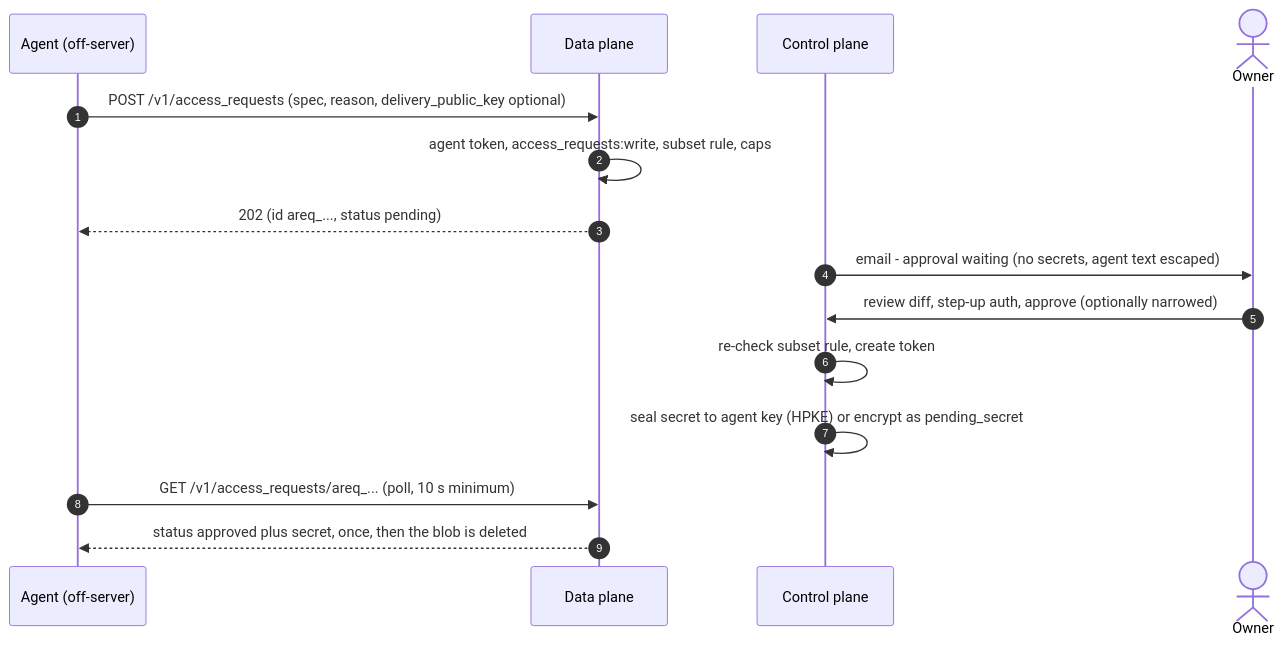
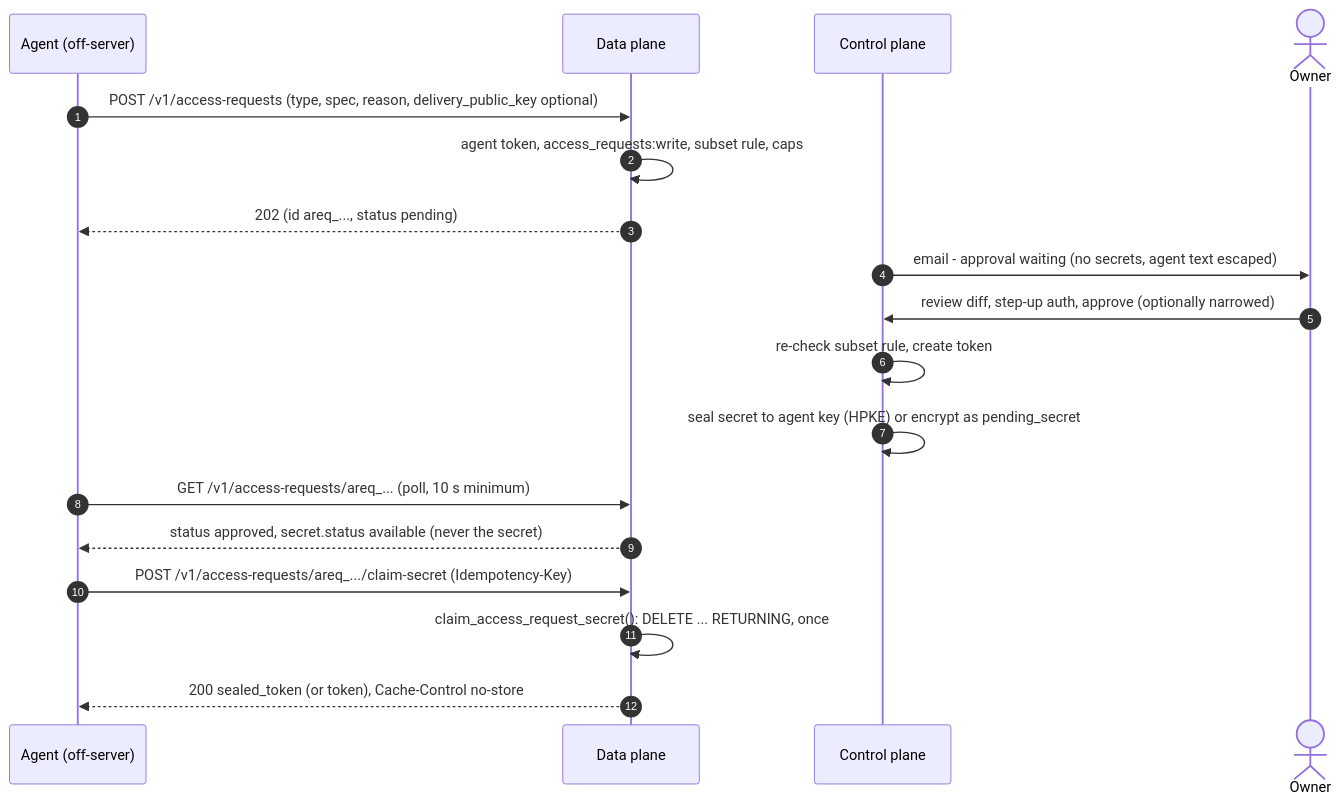
One commit to Web3Abbas/Shamel changed the fifth of 5 diagrams in docs/design/02-security.md. Above: the diagram before and after it, drawn with Mermaid. The commit also changed other lines of this file, not shown here.

````diff
--- a/docs/design/02-security.md
+++ b/docs/design/02-security.md
@@ -1464,17 +1581,20 @@
 ```mermaid
 sequenceDiagram
     autonumber
     participant A as Agent (off-server)
     participant DP as Data plane
     participant CP as Control plane
     actor O as Owner
-    A->>DP: POST /v1/access_requests (spec, reason, delivery_public_key optional)
+    A->>DP: POST /v1/access-requests (type, spec, reason, delivery_public_key optional)
     DP->>DP: agent token, access_requests:write, subset rule, caps
     DP-->>A: 202 (id areq_..., status pending)
     CP->>O: email - approval waiting (no secrets, agent text escaped)
     O->>CP: review diff, step-up auth, approve (optionally narrowed)
     CP->>CP: re-check subset rule, create token
     CP->>CP: seal secret to agent key (HPKE) or encrypt as pending_secret
-    A->>DP: GET /v1/access_requests/areq_... (poll, 10 s minimum)
-    DP-->>A: status approved plus secret, once, then the blob is deleted
+    A->>DP: GET /v1/access-requests/areq_... (poll, 10 s minimum)
+    DP-->>A: status approved, secret.status available (never the secret)
+    A->>DP: POST /v1/access-requests/areq_.../claim-secret (Idempotency-Key)
+    DP->>DP: claim_access_request_secret(): DELETE ... RETURNING, once
+    DP-->>A: 200 sealed_token (or token), Cache-Control no-store
 ```
````
